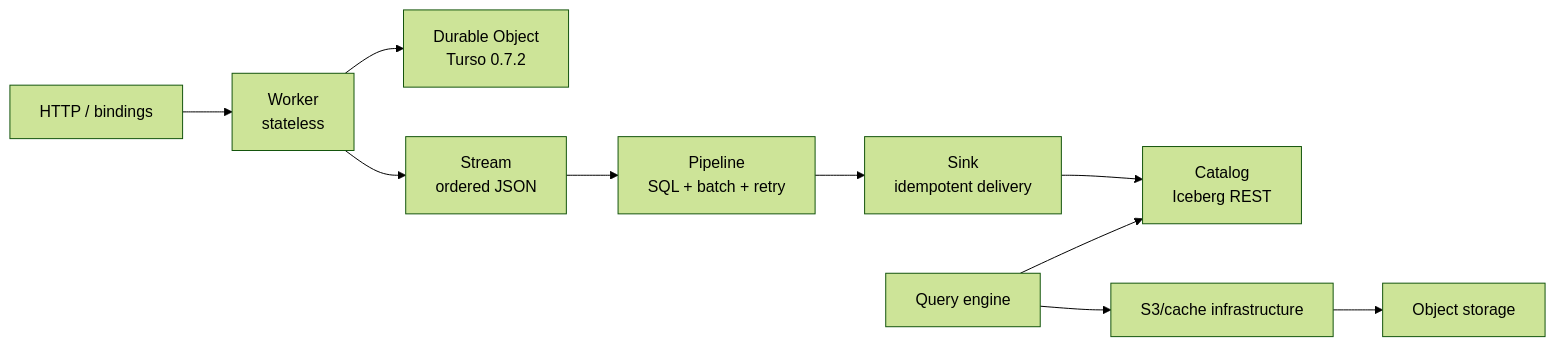
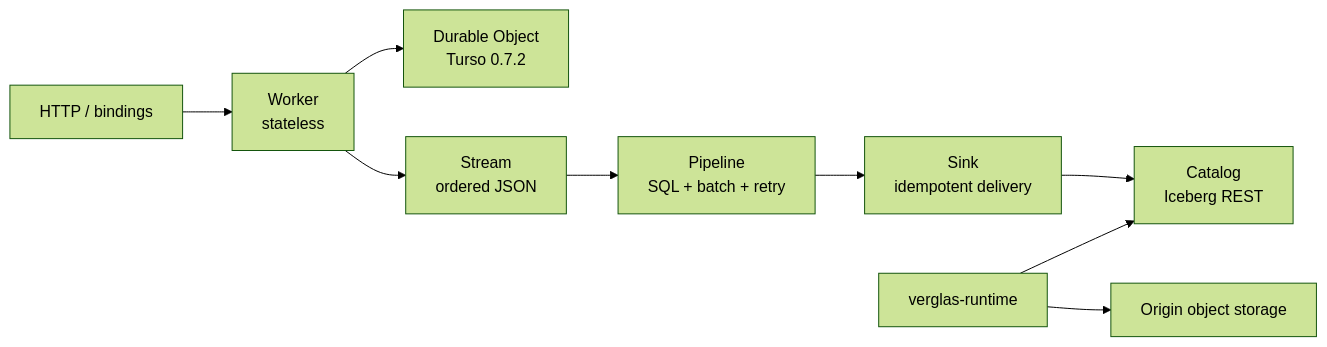
The diagram in docs/architecture/overview.mdx (verglas-org/verglas), drawn with Mermaid (forest theme) before and after one commit. The commit also changed other lines of this file and 24 other files, not shown here.

````diff
--- a/docs/architecture/overview.mdx
+++ b/docs/architecture/overview.mdx
@@ -21,12 +21,11 @@
 ```mermaid
 flowchart LR
     U["HTTP / bindings"] --> W["Worker\nstateless"]
     W --> D["Durable Object\nTurso 0.7.2"]
     W --> S["Stream\nordered JSON"]
     S --> P["Pipeline\nSQL + batch + retry"]
     P --> K["Sink\nidempotent delivery"]
     K --> C["Catalog\nIceberg REST"]
-    E["Query engine"] --> X["S3/cache infrastructure"]
-    E --> C
-    X --> O["Object storage"]
+    R["verglas-runtime"] --> O["Origin object storage"]
+    R --> C
 ```
````
